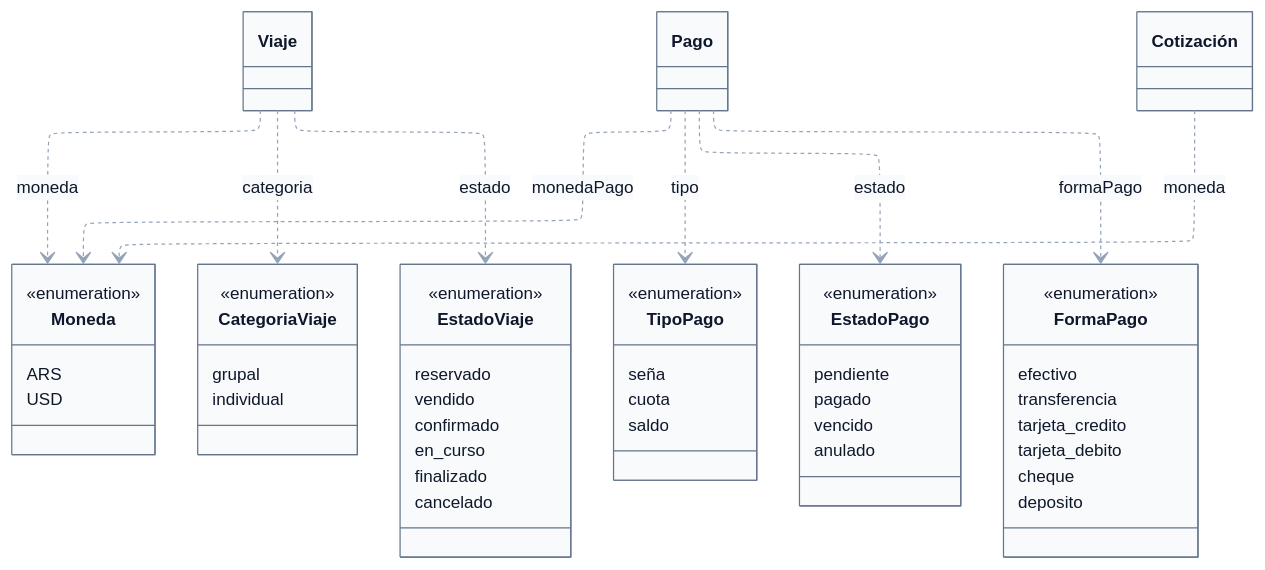
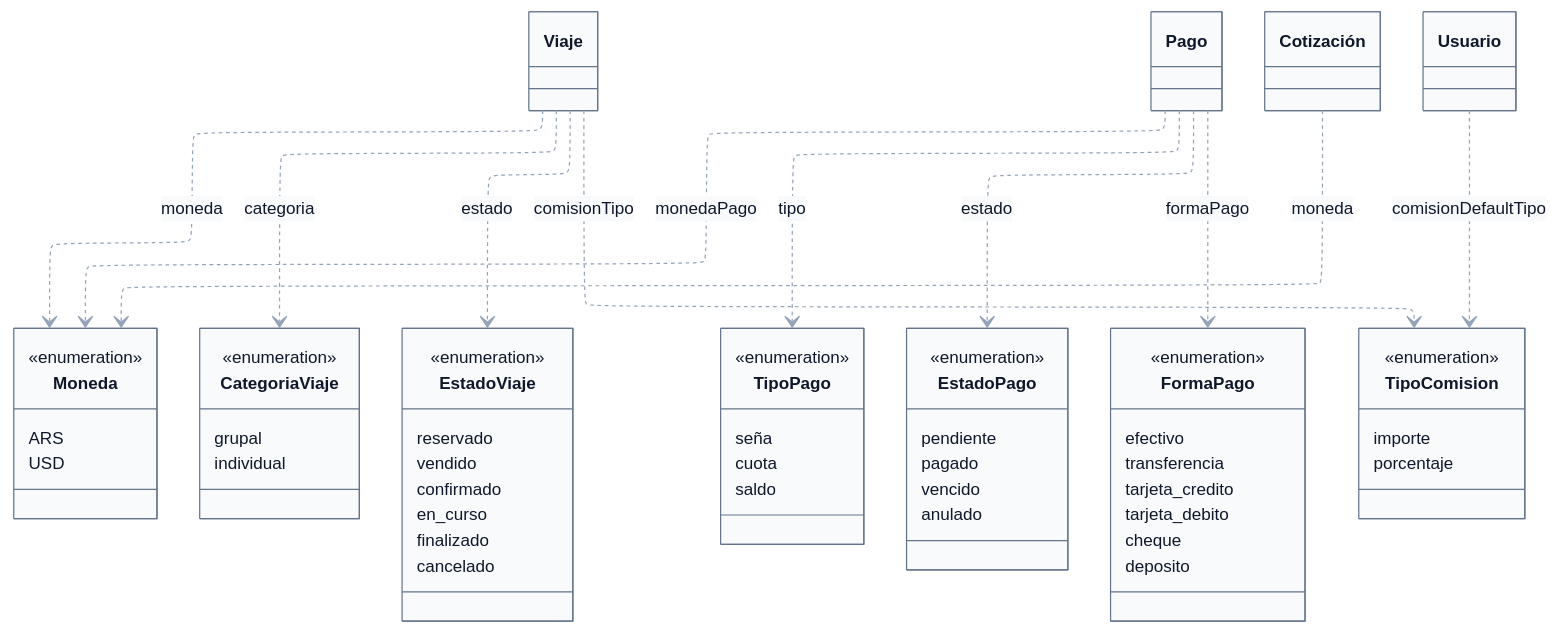
The third of 4 diagrams in 03-Dominio/Diagramas/DGM — Diagrama de clases.md (FranLuciano04/Vault-Rumbo), drawn with Mermaid before and after one commit. The commit also changed other lines of this file and 15 other files, not shown here.

Commit message:
DEC-0013: fecha de cobro, tabla de configuración, tipo de comisión y acceso a redes (ER, clases, entidades y SQL)

````diff
--- a/03-Dominio/Diagramas/DGM — Diagrama de clases.md
+++ b/03-Dominio/Diagramas/DGM — Diagrama de clases.md
@@ -269,57 +274,64 @@
 ```mermaid
 %%{init: {'layout':'elk','elk':{'mergeEdges':false,'nodePlacementStrategy':'BRANDES_KOEPF'},'theme':'base','themeVariables':{'fontFamily':'Segoe UI, Arial, sans-serif','fontSize':'14px','primaryColor':'#f8fafc','primaryBorderColor':'#64748b','primaryTextColor':'#0f172a','lineColor':'#94a3b8'}}}%%
 classDiagram
     direction TB
     class Viaje
     class Pago
     class Cotizacion["Cotización"]
     class Moneda {
         <<enumeration>>
         ARS
         USD
     }
     class CategoriaViaje {
         <<enumeration>>
         grupal
         individual
     }
     class EstadoViaje {
         <<enumeration>>
         reservado
         vendido
         confirmado
         en_curso
         finalizado
         cancelado
     }
     class TipoPago {
         <<enumeration>>
         seña
         cuota
         saldo
     }
     class EstadoPago {
         <<enumeration>>
         pendiente
         pagado
         vencido
         anulado
     }
     class FormaPago {
         <<enumeration>>
         efectivo
         transferencia
         tarjeta_credito
         tarjeta_debito
         cheque
         deposito
     }
+    class TipoComision {
+        <<enumeration>>
+        importe
+        porcentaje
+    }
     Viaje ..> CategoriaViaje : categoria
     Viaje ..> EstadoViaje : estado
     Viaje ..> Moneda : moneda
     Cotizacion ..> Moneda : moneda
     Pago ..> Moneda : monedaPago
     Pago ..> TipoPago : tipo
     Pago ..> EstadoPago : estado
     Pago ..> FormaPago : formaPago
+    Viaje ..> TipoComision : comisionTipo
+    Usuario ..> TipoComision : comisionDefaultTipo
 ```
````
